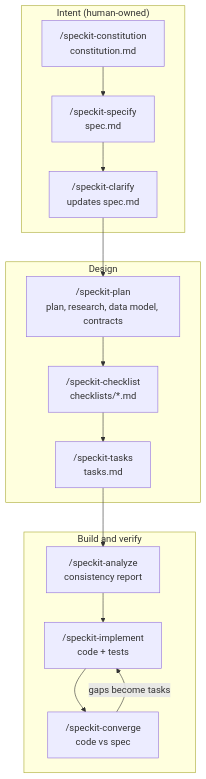
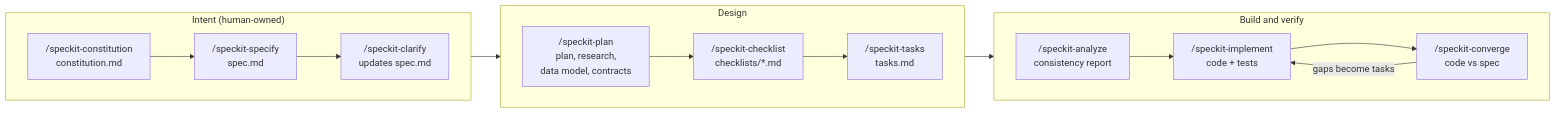
One commit to hkaanturgut/spec-kit-fleetwise changed the third of 8 diagrams in README.md. Above: the diagram before and after it, drawn with Mermaid.

Commit message:
docs: render the spec-driven flow horizontally

````diff
--- a/README.md
+++ b/README.md
@@ -183,15 +183,18 @@
 ```mermaid
-flowchart TB
+flowchart LR
     subgraph Intent["Intent (human-owned)"]
+        direction LR
         C1["/speckit-constitution<br/>constitution.md"] --> C2["/speckit-specify<br/>spec.md"] --> C3["/speckit-clarify<br/>updates spec.md"]
     end
     subgraph Design
-        D1["/speckit-plan<br/>plan, research, data model, contracts"] --> D2["/speckit-checklist<br/>checklists/*.md"] --> D3["/speckit-tasks<br/>tasks.md"]
+        direction LR
+        D1["/speckit-plan<br/>plan, research,<br/>data model, contracts"] --> D2["/speckit-checklist<br/>checklists/*.md"] --> D3["/speckit-tasks<br/>tasks.md"]
     end
     subgraph Build["Build and verify"]
+        direction LR
         B1["/speckit-analyze<br/>consistency report"] --> B2["/speckit-implement<br/>code + tests"] --> B3["/speckit-converge<br/>code vs spec"]
         B3 -- "gaps become tasks" --> B2
     end
     C3 --> D1
     D3 --> B1
 ```
````
